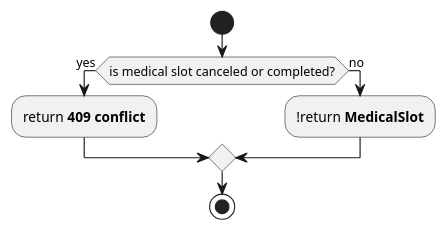
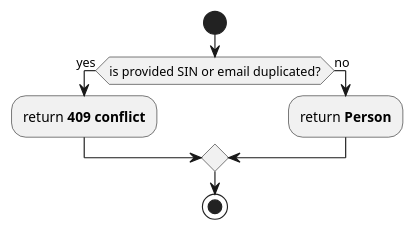
One commit to LazaroDamasceno/Dissertacao-Mestrado changed the diagram in codes/activity_diagram.wsd. Above: the diagram before and after it, drawn with PlantUML. The commit also changed 2 other files, not shown here.

```diff
--- a/codes/activity_diagram.wsd
+++ b/codes/activity_diagram.wsd
@@ -1,16 +1,16 @@
 @startuml
 
 !pragma useVerticalIf on
 
 start
 
-if (is medical slot canceled or completed?) then (yes)
+if (is provided SIN or email duplicated?) then (yes)
 :return **409 conflict**;
 
 else (no)
-:!return **MedicalSlot**;
+:return **Person**;
 
 endif
 stop
 
 @enduml
```
